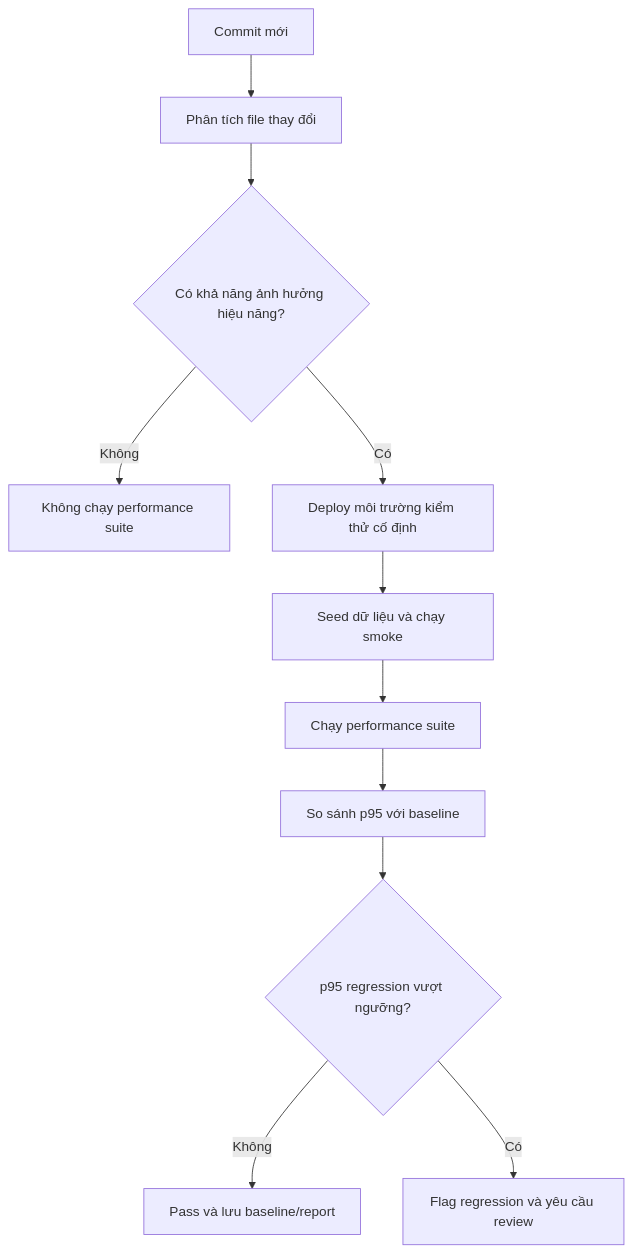
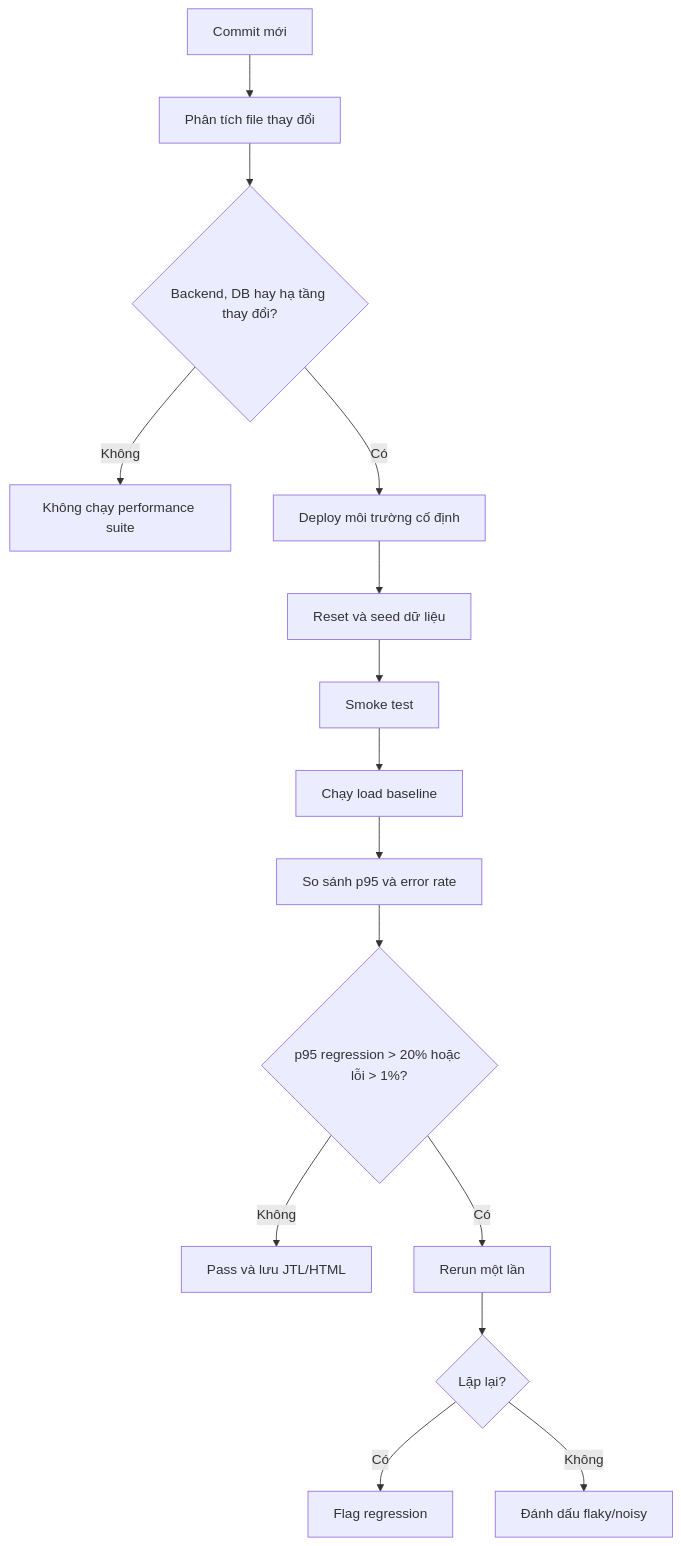
The diagram in report/main_report.md (vinh-code/hw05-performance-testing-23120202), drawn with Mermaid before and after one commit. The commit also changed other lines of this file and 11 other files, not shown here.

````diff
--- a/report/main_report.md
+++ b/report/main_report.md
@@ -67,13 +146,17 @@
 ```mermaid
 flowchart TD
     A[Commit mới] --> B[Phân tích file thay đổi]
-    B --> C{Có khả năng ảnh hưởng hiệu năng?}
+    B --> C{Backend, DB hay hạ tầng thay đổi?}
     C -- Không --> D[Không chạy performance suite]
-    C -- Có --> E[Deploy môi trường kiểm thử cố định]
-    E --> F[Seed dữ liệu và chạy smoke]
-    F --> G[Chạy performance suite]
-    G --> H[So sánh p95 với baseline]
-    H --> I{p95 regression vượt ngưỡng?}
-    I -- Không --> J[Pass và lưu baseline/report]
-    I -- Có --> K[Flag regression và yêu cầu review]
+    C -- Có --> E[Deploy môi trường cố định]
+    E --> F[Reset và seed dữ liệu]
+    F --> G[Smoke test]
+    G --> H[Chạy load baseline]
+    H --> I[So sánh p95 và error rate]
+    I --> J{p95 regression > 20% hoặc lỗi > 1%?}
+    J -- Không --> K[Pass và lưu JTL/HTML]
+    J -- Có --> L[Rerun một lần]
+    L --> M{Lặp lại?}
+    M -- Có --> N[Flag regression]
+    M -- Không --> O[Đánh dấu flaky/noisy]
 ```
````
